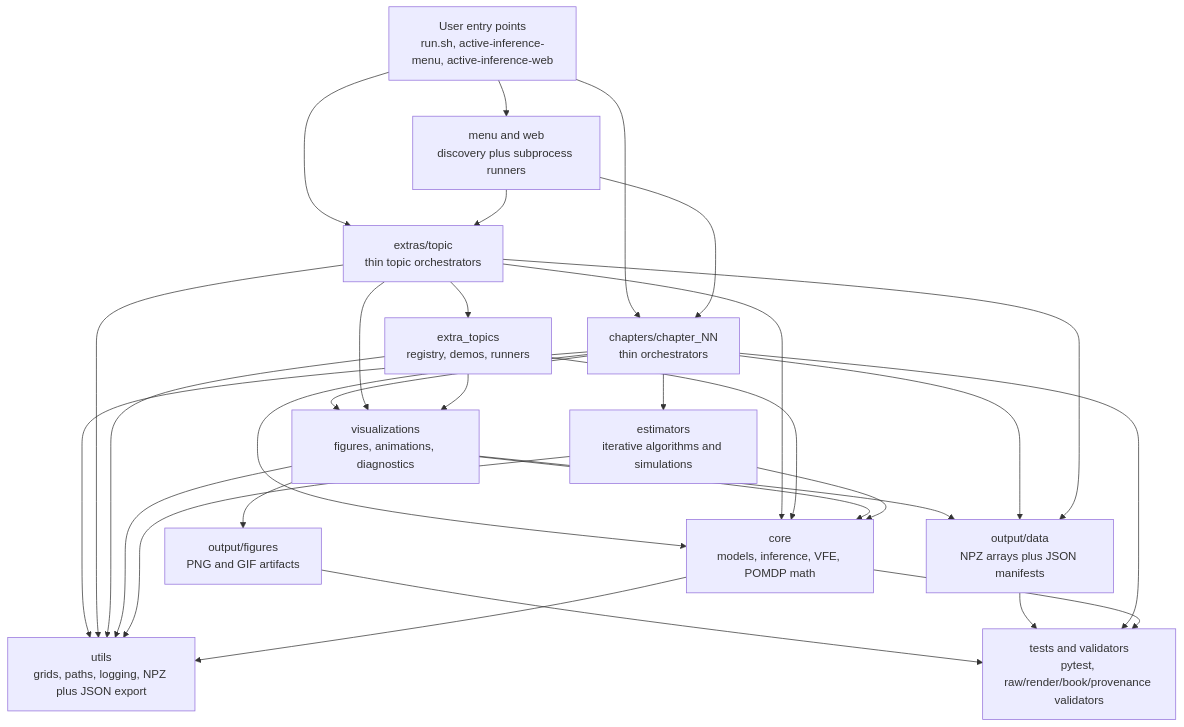
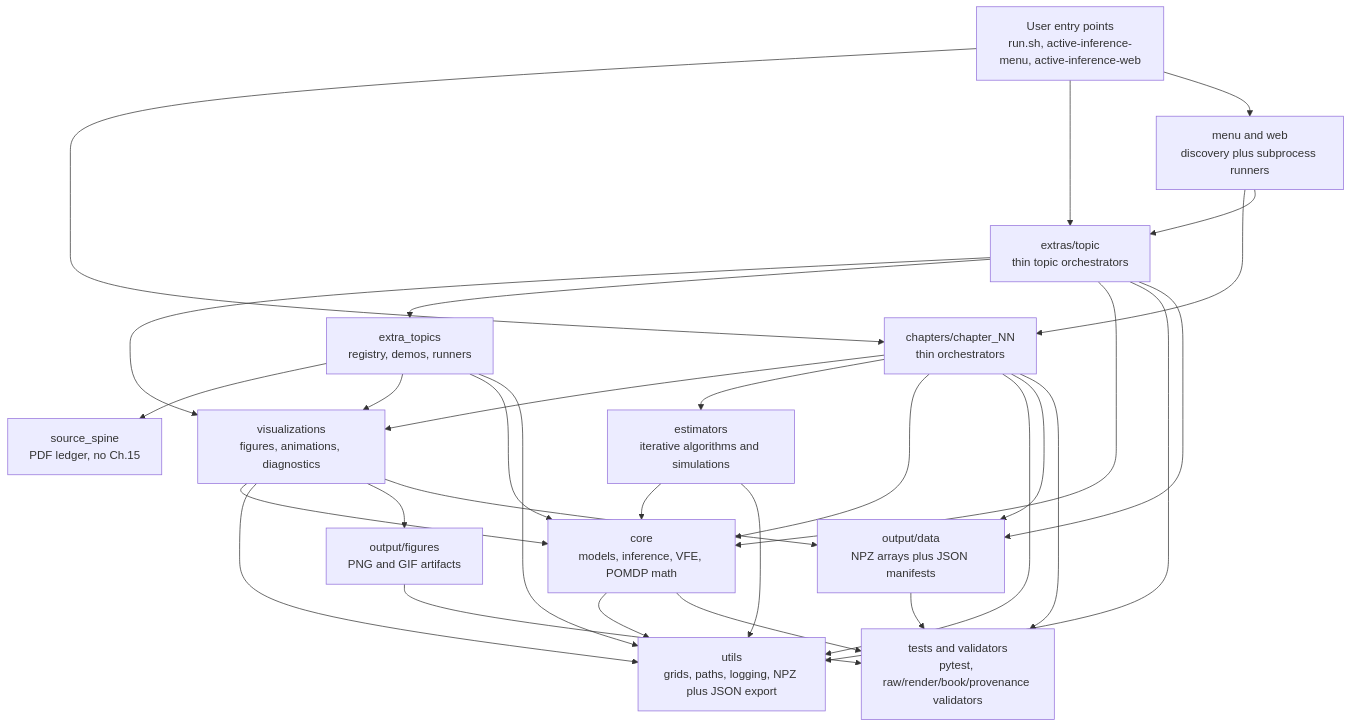
One commit to ActiveInferenceInstitute/fundamentals changed the diagram in docs/architecture.md. Above: the diagram before and after it, drawn with Mermaid. The commit also changed other lines of this file and 128 other files, not shown here.

````diff
--- a/docs/architecture.md
+++ b/docs/architecture.md
@@ -74,45 +77,47 @@
 ```mermaid
 flowchart TB
     U["User entry points<br/>run.sh, active-inference-menu, active-inference-web"]
     C["chapters/chapter_NN<br/>thin orchestrators"]
     R["extras/topic<br/>thin topic orchestrators"]
+    S["source_spine<br/>PDF ledger, no Ch.15"]
     B["extra_topics<br/>registry, demos, runners"]
     W["menu and web<br/>discovery plus subprocess runners"]
     V["visualizations<br/>figures, animations, diagnostics"]
     E["estimators<br/>iterative algorithms and simulations"]
     K["core<br/>models, inference, VFE, POMDP math"]
     X["utils<br/>grids, paths, logging, NPZ plus JSON export"]
     F["output/figures<br/>PNG and GIF artifacts"]
     D["output/data<br/>NPZ arrays plus JSON manifests"]
     T["tests and validators<br/>pytest, raw/render/book/provenance validators"]
 
     U --> C
     U --> R
     U --> W
     W --> C
     W --> R
     C --> V
     C --> E
     C --> K
     C --> X
     R --> V
     R --> B
+    B --> S
     R --> K
     R --> X
     B --> V
     B --> K
     B --> X
     V --> K
     V --> X
     E --> K
     E --> X
     K --> X
     V --> F
     V --> D
     C --> D
     R --> D
     F --> T
     D --> T
     C --> T
     K --> T
 ```
````
